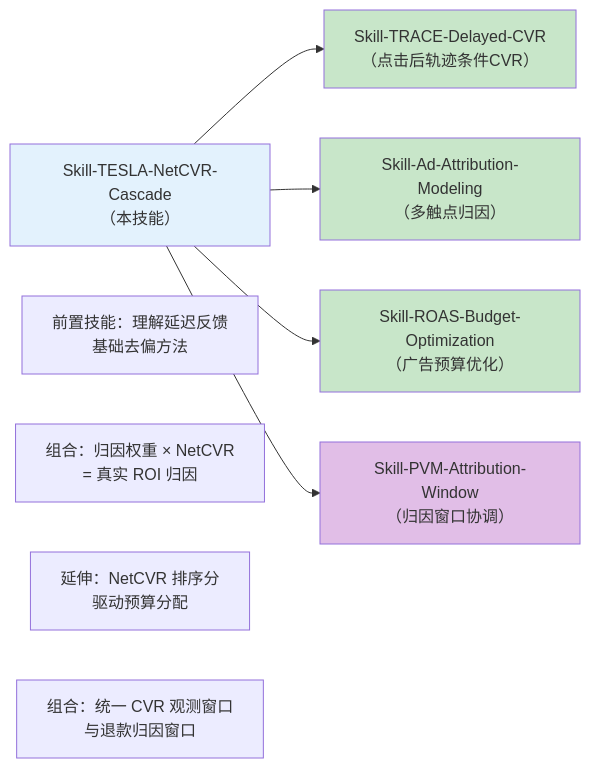
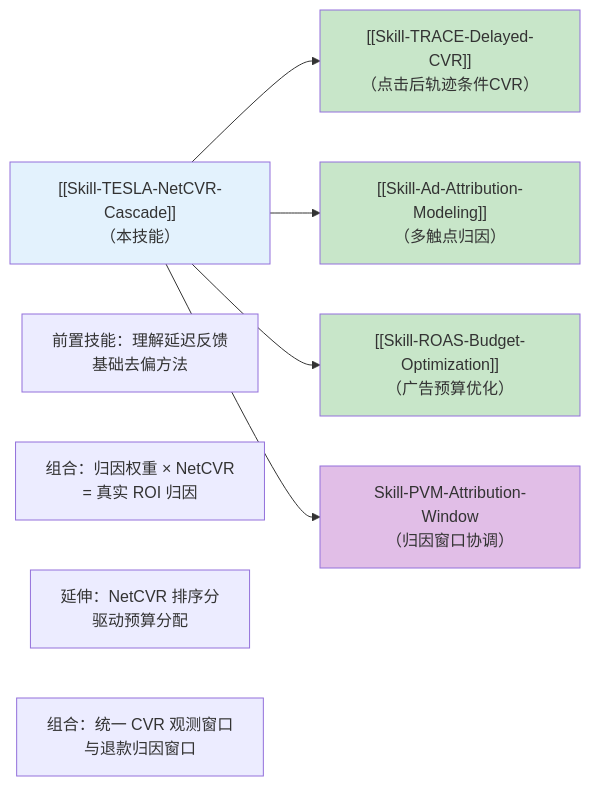
The diagram in paper2skills-vault/13-广告分析/Skill-TESLA-NetCVR-Cascade.md (zjgulai/paper_to_skills), drawn with Mermaid before and after one commit. The commit also changed other lines of this file and 66 other files, not shown here.

First line of the commit message:
feat(graph+skills): 知识图谱深度优化 + P1跨域桥梁萃取

````diff
--- a/paper2skills-vault/13-广告分析/Skill-TESLA-NetCVR-Cascade.md
+++ b/paper2skills-vault/13-广告分析/Skill-TESLA-NetCVR-Cascade.md
@@ -923,25 +923,25 @@
 ```mermaid
 flowchart LR
     classDef core fill:#e3f2fd
     classDef related fill:#c8e6c9
     classDef advanced fill:#e1bee7
 
-    TESLA["Skill-TESLA-NetCVR-Cascade\n（本技能）"]:::core
+    TESLA["[[Skill-TESLA-NetCVR-Cascade]]\n（本技能）"]:::core
 
-    TRACE["Skill-TRACE-Delayed-CVR\n（点击后轨迹条件CVR）"]:::related
+    TRACE["[[Skill-TRACE-Delayed-CVR]]\n（点击后轨迹条件CVR）"]:::related
     TRACE_DESC["前置技能：理解延迟反馈\n基础去偏方法"]
 
-    ATTR["Skill-Ad-Attribution-Modeling\n（多触点归因）"]:::related
+    ATTR["[[Skill-Ad-Attribution-Modeling]]\n（多触点归因）"]:::related
     ATTR_DESC["组合：归因权重 × NetCVR\n= 真实 ROI 归因"]
 
-    ROAS["Skill-ROAS-Budget-Optimization\n（广告预算优化）"]:::related
+    ROAS["[[Skill-ROAS-Budget-Optimization]]\n（广告预算优化）"]:::related
     ROAS_DESC["延伸：NetCVR 排序分\n驱动预算分配"]
 
     PVM["Skill-PVM-Attribution-Window\n（归因窗口协调）"]:::advanced
     PVM_DESC["组合：统一 CVR 观测窗口\n与退款归因窗口"]
 
     TESLA --> TRACE
     TESLA --> ATTR
     TESLA --> ROAS
     TESLA --> PVM
 ```
````
